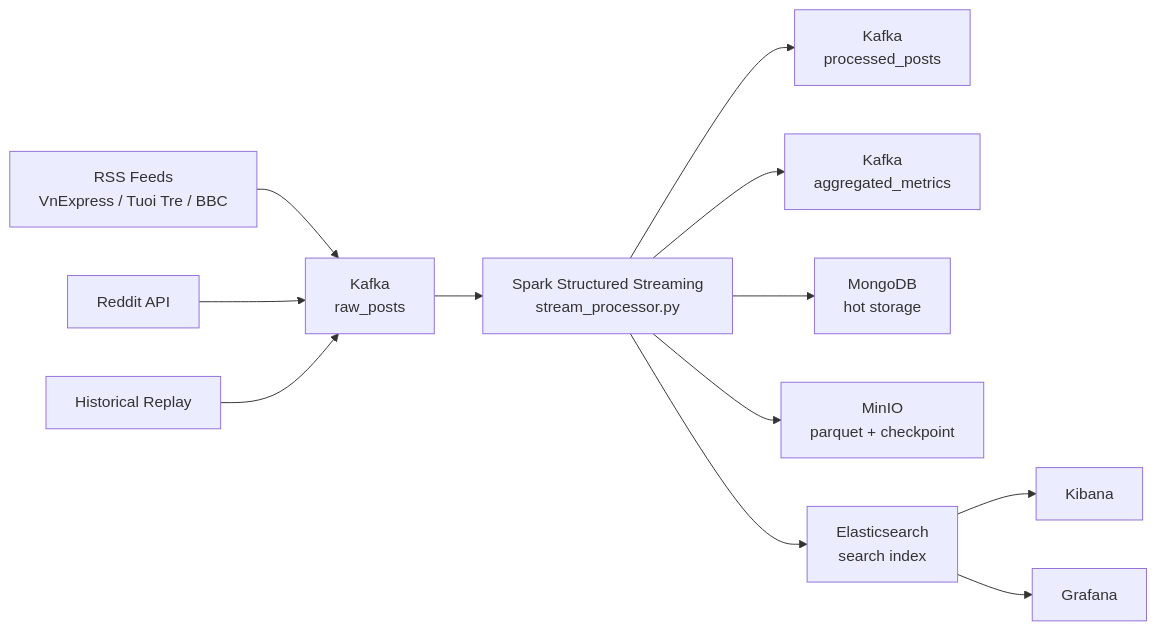
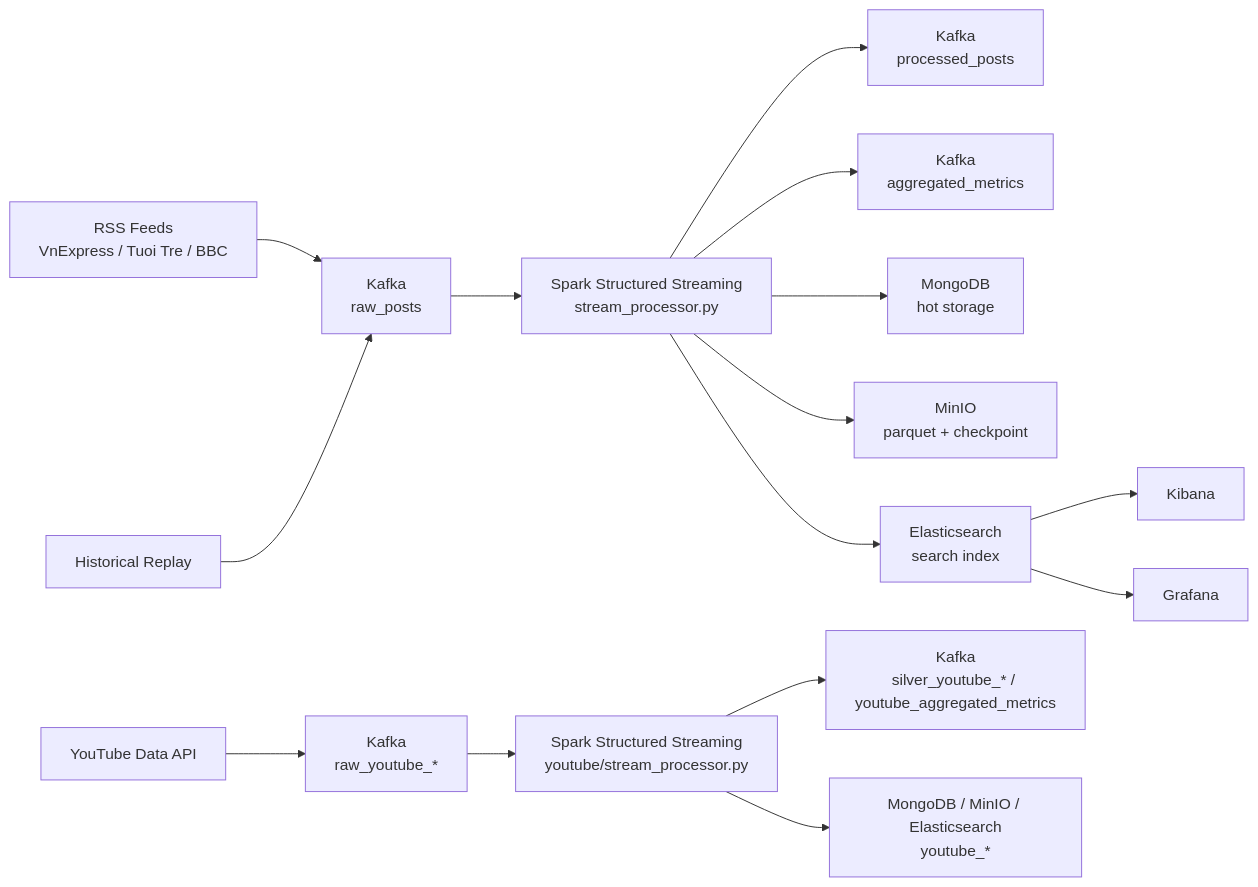
Before and after one commit to nguyenminh37/social-media-analytics-pipeline: the first of 2 diagrams in docs/demo_end_to_end.md, drawn with Mermaid. The commit also changed other lines of this file and 50 other files, not shown here.

First line of the commit message:
Add YouTube data processing pipeline with Spark integration

````diff
--- a/docs/demo_end_to_end.md
+++ b/docs/demo_end_to_end.md
@@ -13,21 +13,24 @@
 ```mermaid
 flowchart LR
     A[RSS Feeds<br/>VnExpress / Tuoi Tre / BBC]
-    B[Reddit API]
     C[Historical Replay]
+    Y[YouTube Data API]
 
     A --> D[Kafka<br/>raw_posts]
-    B --> D
     C --> D
+    Y --> YR[Kafka<br/>raw_youtube_*]
 
     D --> E[Spark Structured Streaming<br/>stream_processor.py]
+    YR --> YS[Spark Structured Streaming<br/>youtube/stream_processor.py]
 
     E --> F[Kafka<br/>processed_posts]
     E --> G[Kafka<br/>aggregated_metrics]
     E --> H[MongoDB<br/>hot storage]
     E --> I[MinIO<br/>parquet + checkpoint]
     E --> J[Elasticsearch<br/>search index]
+    YS --> YC[Kafka<br/>silver_youtube_* / youtube_aggregated_metrics]
+    YS --> YM[MongoDB / MinIO / Elasticsearch<br/>youtube_*]
 
     J --> K[Kibana]
     J --> L[Grafana]
 ```
````
